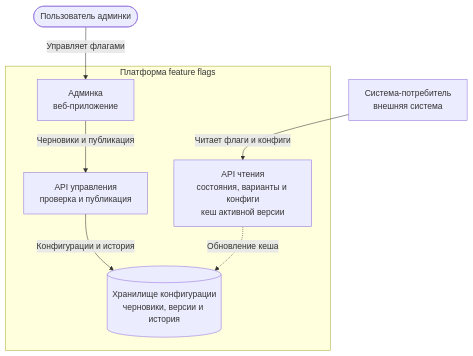
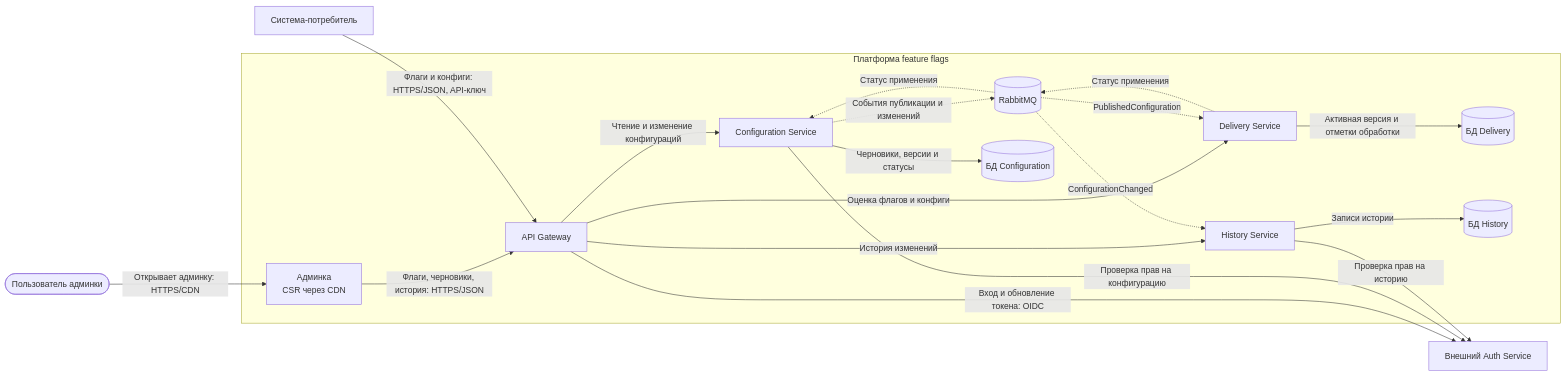
One commit to lapakota/feature-flags-platform changed the diagram in docs/views/c4-container.md. Above: the diagram before and after it, drawn with Mermaid. The commit also changed other lines of this file and 3 other files, not shown here.

Commit message:
(docs): add docs for architecture analysis

````diff
--- a/docs/views/c4-container.md
+++ b/docs/views/c4-container.md
@@ -3,19 +3,39 @@
 ```mermaid
-flowchart TB
+flowchart LR
     admin_user([Пользователь админки])
-    consumer[Система-потребитель<br/>внешняя система]
+    consumer[Система-потребитель]
+    auth[Внешний Auth Service]
 
     subgraph platform[Платформа feature flags]
-        admin[Админка<br/>веб-приложение]
-        management[API управления<br/>проверка и публикация]
-        delivery[API чтения<br/>состояния, варианты и конфиги<br/>кеш активной версии]
-        storage[(Хранилище конфигурации<br/>черновики, версии и история)]
-
-        admin -->|Черновики и публикация| management
-        management -->|Конфигурации и история| storage
-        delivery -.->|Обновление кеша| storage
+        admin[Админка<br/>CSR через CDN]
+        gateway[API Gateway]
+        configuration[Configuration Service]
+        delivery[Delivery Service]
+        history[History Service]
+        broker[(RabbitMQ)]
+        configuration_db[(БД Configuration)]
+        delivery_db[(БД Delivery)]
+        history_db[(БД History)]
     end
 
-    admin_user -->|Управляет флагами| admin
-    consumer -->|Читает флаги и конфиги| delivery
+    admin_user -->|Открывает админку: HTTPS/CDN| admin
+    admin -->|Флаги, черновики, история: HTTPS/JSON| gateway
+    consumer -->|Флаги и конфиги: HTTPS/JSON, API-ключ| gateway
+
+    gateway -->|Чтение и изменение конфигураций| configuration
+    gateway -->|История изменений| history
+    gateway -->|Оценка флагов и конфиги| delivery
+    gateway -->|Вход и обновление токена: OIDC| auth
+    configuration -->|Проверка прав на конфигурацию| auth
+    history -->|Проверка прав на историю| auth
+
+    configuration -->|Черновики, версии и статусы| configuration_db
+    delivery -->|Активная версия и отметки обработки| delivery_db
+    history -->|Записи истории| history_db
+
+    configuration -.->|События публикации и изменений| broker
+    broker -.->|PublishedConfiguration| delivery
+    broker -.->|ConfigurationChanged| history
+    delivery -.->|Статус применения| broker
+    broker -.->|Статус применения| configuration
 ```
````
